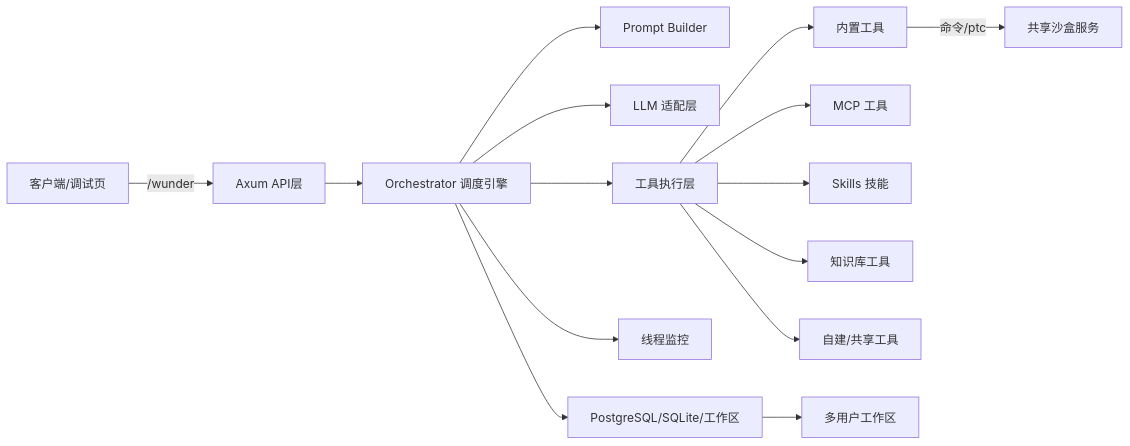
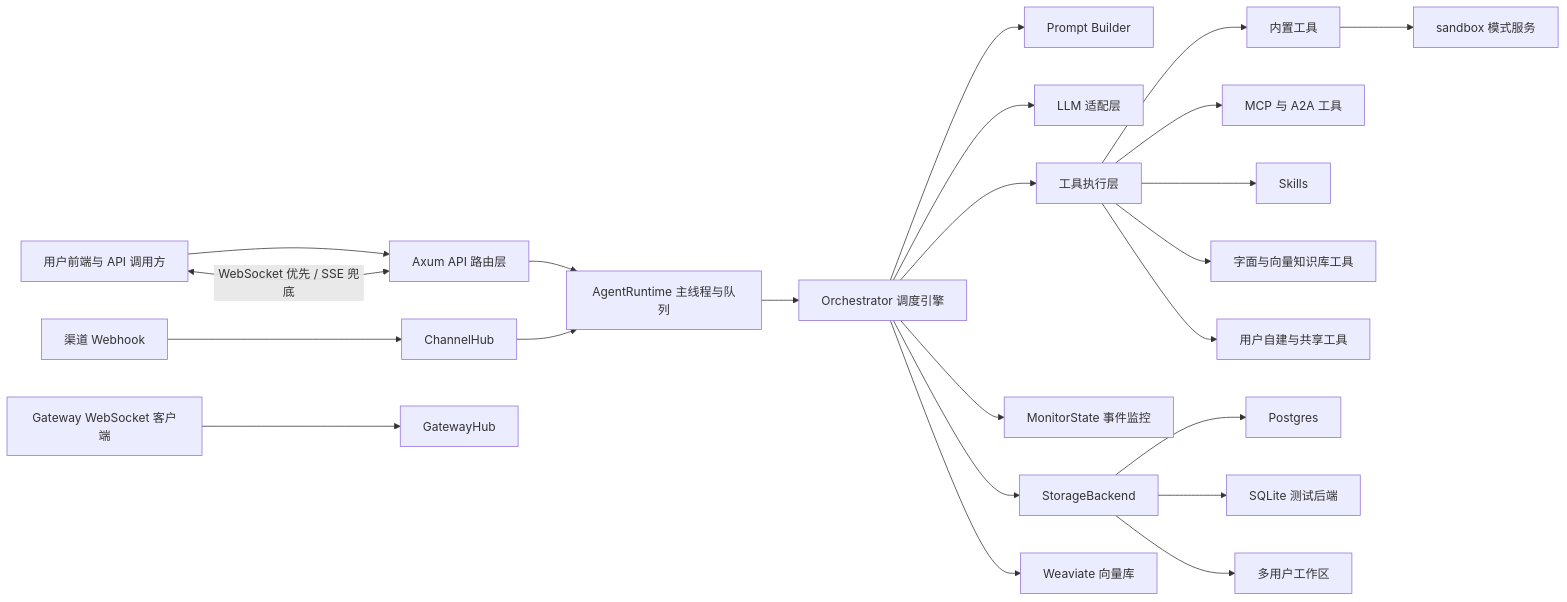
One commit to ylsdamxssjxxdd/wunder changed the diagram in docs/diagrams/system-intro/01-system-components.mmd. Above: the diagram before and after it, drawn with Mermaid. The commit also changed 51 other files, not shown here.

```diff
--- a/docs/diagrams/system-intro/01-system-components.mmd
+++ b/docs/diagrams/system-intro/01-system-components.mmd
@@ -1,15 +1,28 @@
 flowchart LR
-  Client[客户端/调试页] -->|/wunder| API[Axum API层]
-  API --> Orchestrator[Orchestrator 调度引擎]
-  Orchestrator --> Prompt[Prompt Builder]
-  Orchestrator --> LLM[LLM 适配层]
-  Orchestrator --> Tools[工具执行层]
-  Tools --> Builtin[内置工具]
-  Tools --> MCP[MCP 工具]
-  Tools --> Skills[Skills 技能]
-  Tools --> KB[知识库工具]
-  Tools --> UserTools[自建/共享工具]
-  Builtin -->|命令/ptc| Sandbox[共享沙盒服务]
-  Orchestrator --> Monitor[线程监控]
-  Orchestrator --> Storage[PostgreSQL/SQLite/工作区]
-  Storage --> Workspaces[多用户工作区]
+  Client["用户前端与 API 调用方"] --> API["Axum API 路由层"]
+  ChannelIn["渠道 Webhook"] --> ChannelHub["ChannelHub"]
+  GatewayIn["Gateway WebSocket 客户端"] --> GatewayHub["GatewayHub"]
+
+  API --> AgentRuntime["AgentRuntime 主线程与队列"]
+  ChannelHub --> AgentRuntime
+  AgentRuntime --> Orchestrator["Orchestrator 调度引擎"]
+
+  Orchestrator --> Prompt["Prompt Builder"]
+  Orchestrator --> LLM["LLM 适配层"]
+  Orchestrator --> Tooling["工具执行层"]
+  Orchestrator --> Monitor["MonitorState 事件监控"]
+  Orchestrator --> Storage["StorageBackend"]
+
+  Tooling --> Builtin["内置工具"]
+  Tooling --> MCPA2A["MCP 与 A2A 工具"]
+  Tooling --> Skills["Skills"]
+  Tooling --> Knowledge["字面与向量知识库工具"]
+  Tooling --> UserTools["用户自建与共享工具"]
+  Builtin --> Sandbox["sandbox 模式服务"]
+
+  Storage --> PG["Postgres"]
+  Storage --> SQLite["SQLite 测试后端"]
+  Storage --> Workspace["多用户工作区"]
+  Orchestrator --> Weaviate["Weaviate 向量库"]
+
+  API <-->|"WebSocket 优先 / SSE 兜底"| Client
```
